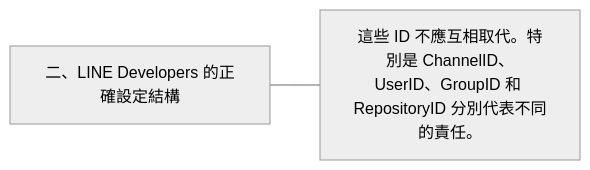
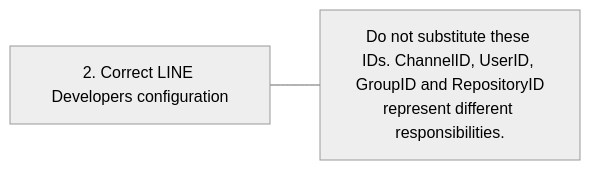
One commit to 963sup/line-mini-app-bot changed the seventh of 38 diagrams in docs/proposals/line-engineering/README.md. Above: the diagram before and after it, drawn with Mermaid (neutral theme). The commit also changed other lines of this file and 341 other files, not shown here.

````diff
--- a/docs/proposals/line-engineering/README.md
+++ b/docs/proposals/line-engineering/README.md
@@ -98,5 +102,5 @@
 ```mermaid
 flowchart LR
-  h["二、LINE Developers 的正確設定結構"]
-  h --- n0["這些 ID 不應互相取代。特別是 ChannelID、<br/>UserID、GroupID 和 RepositoryID 分別代表不同<br/>的責任。"]
+  h["2. Correct LINE Developers configuration"]
+  h --- n0["Do not substitute these IDs. ChannelID, UserID, GroupID and RepositoryID<br/>represent different responsibilities."]
 ```
````
